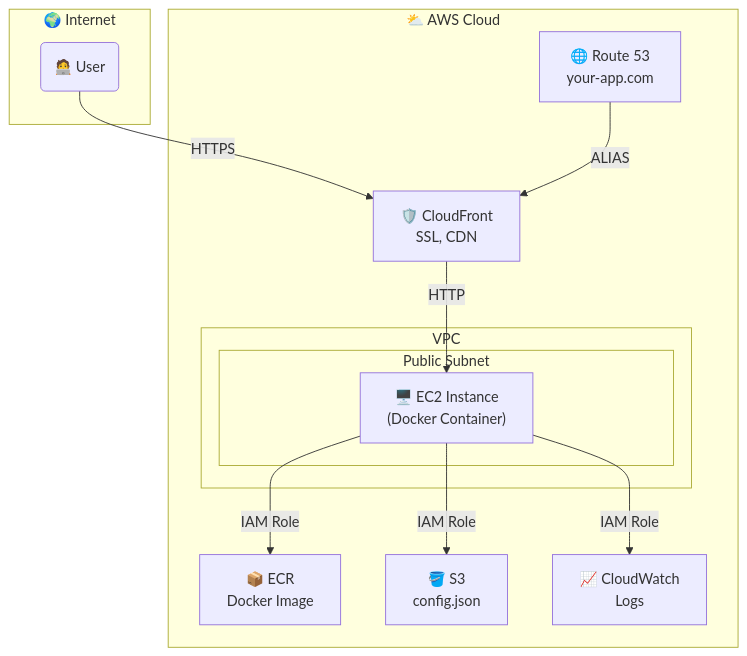
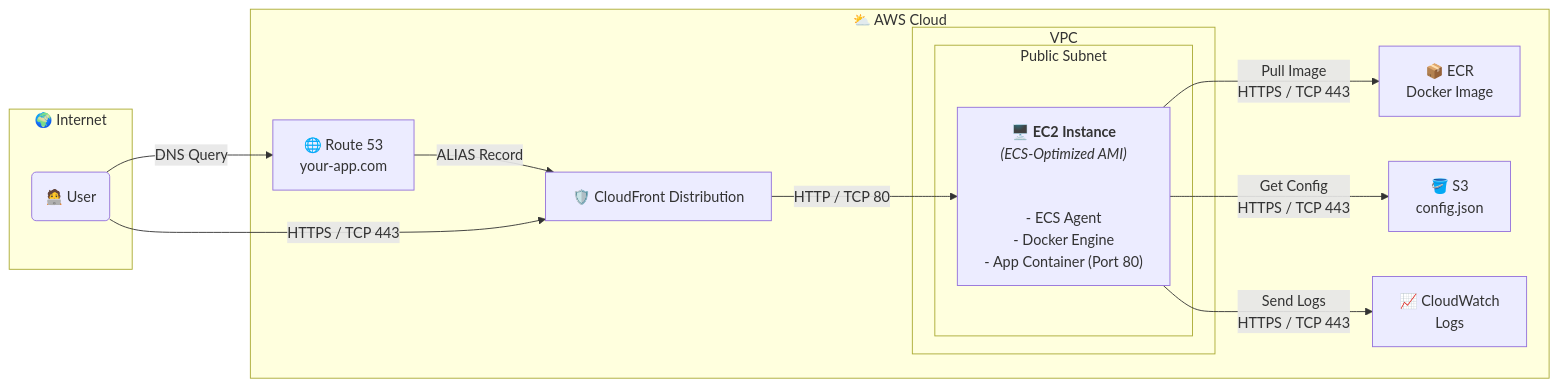
The diagram in DEPLOYMENT.md (azabluda/turnkey), drawn with Mermaid before and after one commit.

Commit message:
Update diagram

````diff
--- a/DEPLOYMENT.md
+++ b/DEPLOYMENT.md
@@ -19,30 +19,42 @@
 ```mermaid
-flowchart TD
+flowchart LR
     subgraph "🌍 Internet"
         User("🧑‍💻 User")
     end
 
     subgraph "⛅ AWS Cloud"
         Route53["🌐 Route 53<br>your-app.com"]
-        CloudFront["🛡️ CloudFront<br>SSL, CDN"]
-        
+        CloudFront["🛡️ CloudFront Distribution"]
         subgraph "VPC"
             subgraph "Public Subnet"
-                EC2["🖥️ EC2 Instance<br>(Docker Container)"]
+                EC2["
+                    <b>🖥️ EC2 Instance</b>
+                    <i>(ECS-Optimized AMI)</i>
+                    <br>
+                    - ECS Agent
+                    - Docker Engine
+                    - App Container (Port 80)
+                "]
             end
         end
 
         ECR["📦 ECR<br>Docker Image"]
         S3["🪣 S3<br>config.json"]
         CloudWatch["📈 CloudWatch<br>Logs"]
     end
 
-    %% Connections
-    User -- HTTPS --> CloudFront
-    Route53 -- ALIAS --> CloudFront
-    CloudFront -- HTTP --> EC2
-    
-    EC2 -- IAM Role --> ECR
-    EC2 -- IAM Role --> S3
-    EC2 -- IAM Role --> CloudWatch
+    %% --- Connections & Protocols ---
+
+    %% User Facing
+    User -- "DNS Query" --> Route53
+    Route53 -- "ALIAS Record" --> CloudFront
+    User -- "HTTPS / TCP 443" --> CloudFront
+
+    %% CDN to Origin
+    CloudFront -- "HTTP / TCP 80" --> EC2
+
+    %% AWS Service Integrations (via IAM Role on EC2)
+    EC2 -- "Pull Image<br>HTTPS / TCP 443" --> ECR
+    EC2 -- "Get Config<br>HTTPS / TCP 443" --> S3
+    EC2 -- "Send Logs<br>HTTPS / TCP 443" --> CloudWatch
 ```
````
